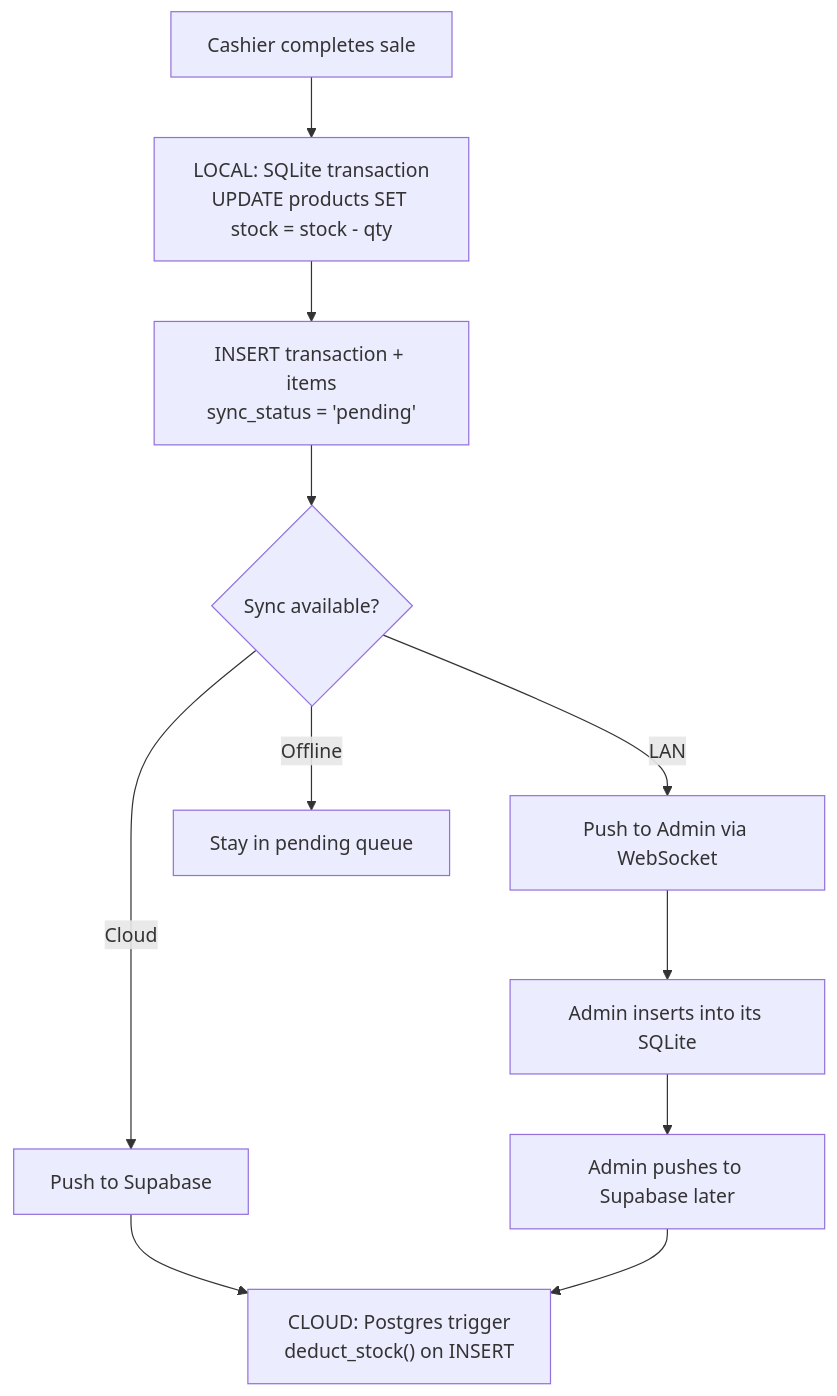
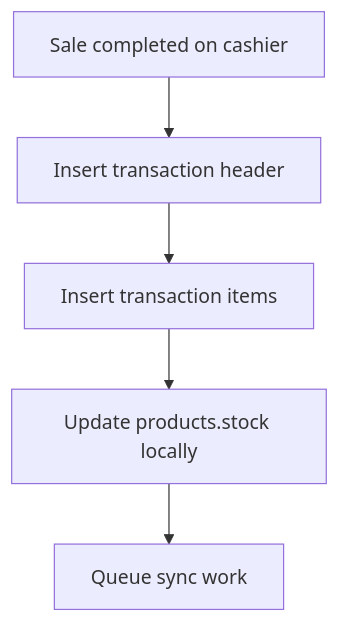
The third of 3 diagrams in docs/03-database.md (BootlegYouki/at-iba-pa-pos), drawn with Mermaid before and after one commit. The commit also changed other lines of this file and 10 other files, not shown here.

First line of the commit message:
Refactor user guide and database schema documentation; enhance export reports feature

````diff
--- a/docs/03-database.md
+++ b/docs/03-database.md
@@ -236,19 +281,8 @@
 ```mermaid
 flowchart TD
-    Sale["Cashier completes sale"]
-    
-    Sale --> LocalDeduct["LOCAL: SQLite transaction<br/>UPDATE products SET stock = stock - qty"]
-    LocalDeduct --> SaveTxn["INSERT transaction + items<br/>sync_status = 'pending'"]
-    
-    SaveTxn --> SyncCheck{"Sync available?"}
-    
-    SyncCheck -->|"LAN"| LANSync["Push to Admin via WebSocket"]
-    SyncCheck -->|"Cloud"| CloudSync["Push to Supabase"]
-    SyncCheck -->|"Offline"| Queue["Stay in pending queue"]
-    
-    LANSync --> AdminDB["Admin inserts into its SQLite"]
-    AdminDB --> AdminPush["Admin pushes to Supabase later"]
-    
-    CloudSync --> Trigger["CLOUD: Postgres trigger<br/>deduct_stock() on INSERT"]
-    AdminPush --> Trigger
+    Sale["Sale completed on cashier"]
+    Sale --> WriteTxn["Insert transaction header"]
+    WriteTxn --> WriteItems["Insert transaction items"]
+    WriteItems --> Deduct["Update products.stock locally"]
+    Deduct --> Log["Queue sync work"]
 ```
````
